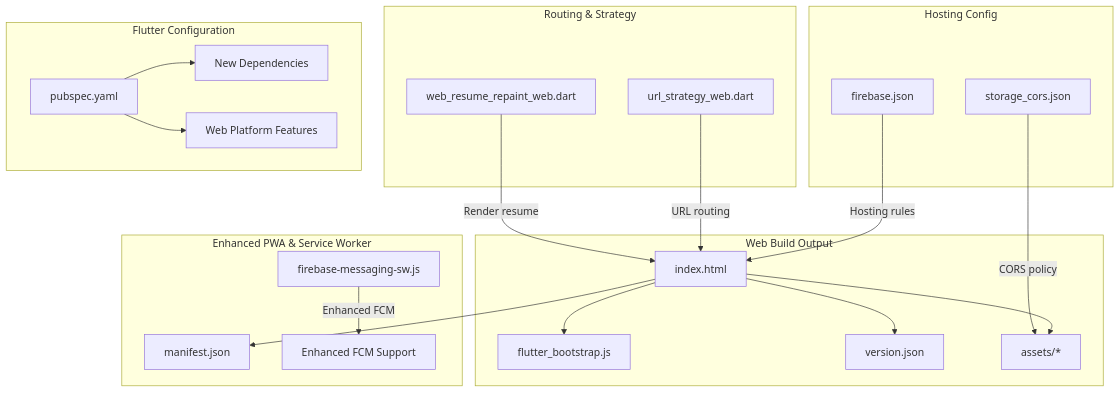
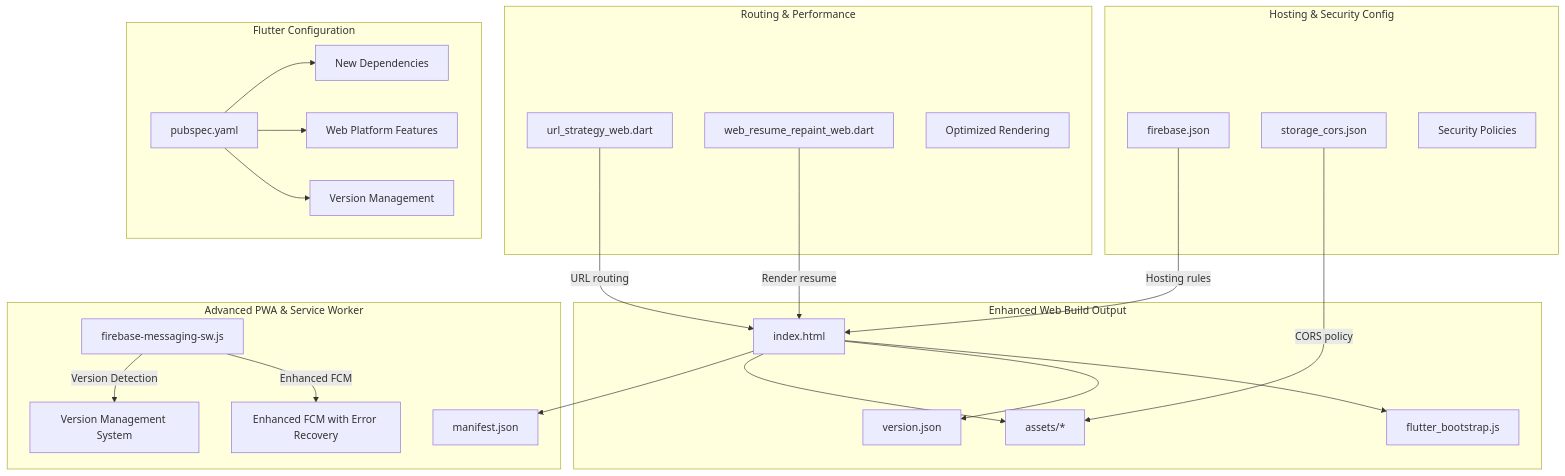
The first of 8 diagrams in .qoder/repowiki/en/content/Web Platform/Web Platform.md (raihom-netizen/com.gestaoyahwehios.app), drawn with Mermaid before and after one commit. The commit also changed other lines of this file and 161 other files, not shown here.

````diff
--- a/.qoder/repowiki/en/content/Web Platform/Web Platform.md
+++ b/.qoder/repowiki/en/content/Web Platform/Web Platform.md
@@ -62,38 +63,44 @@
 ```mermaid
 graph TB
-subgraph "Web Build Output"
+subgraph "Enhanced Web Build Output"
 A["index.html"]
 B["flutter_bootstrap.js"]
 C["version.json"]
 D["assets/*"]
 end
-subgraph "Enhanced PWA & Service Worker"
+subgraph "Advanced PWA & Service Worker"
 E["manifest.json"]
 F["firebase-messaging-sw.js"]
-G["Enhanced FCM Support"]
+G["Enhanced FCM with Error Recovery"]
+H["Version Management System"]
 end
-subgraph "Hosting Config"
-H["firebase.json"]
-I["storage_cors.json"]
+subgraph "Hosting & Security Config"
+I["firebase.json"]
+J["storage_cors.json"]
+K["Security Policies"]
 end
-subgraph "Routing & Strategy"
-J["url_strategy_web.dart"]
-K["web_resume_repaint_web.dart"]
+subgraph "Routing & Performance"
+L["url_strategy_web.dart"]
+M["web_resume_repaint_web.dart"]
+N["Optimized Rendering"]
 end
 subgraph "Flutter Configuration"
-L["pubspec.yaml"]
-M["New Dependencies"]
-N["Web Platform Features"]
+O["pubspec.yaml"]
+P["New Dependencies"]
+Q["Web Platform Features"]
+R["Version Management"]
 end
 A --> B
 A --> C
 A --> D
 A --> E
 F --> |Enhanced FCM| G
-H --> |Hosting rules| A
-I --> |CORS policy| D
-J --> |URL routing| A
-K --> |Render resume| A
-L --> M
-L --> N
+F --> |Version Detection| H
+I --> |Hosting rules| A
+J --> |CORS policy| D
+L --> |URL routing| A
+M --> |Render resume| A
+O --> P
+O --> Q
+O --> R
 ```
````
